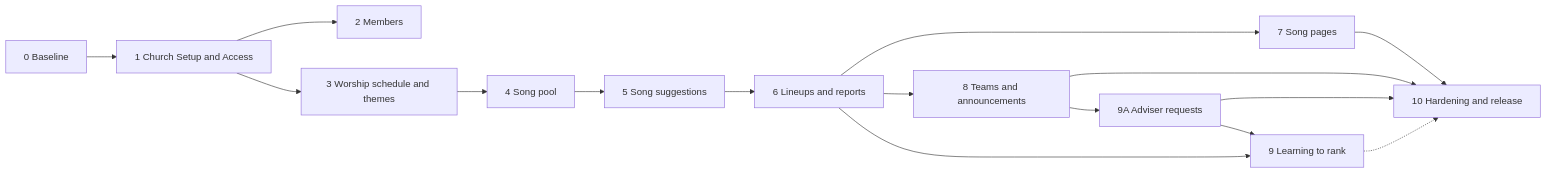
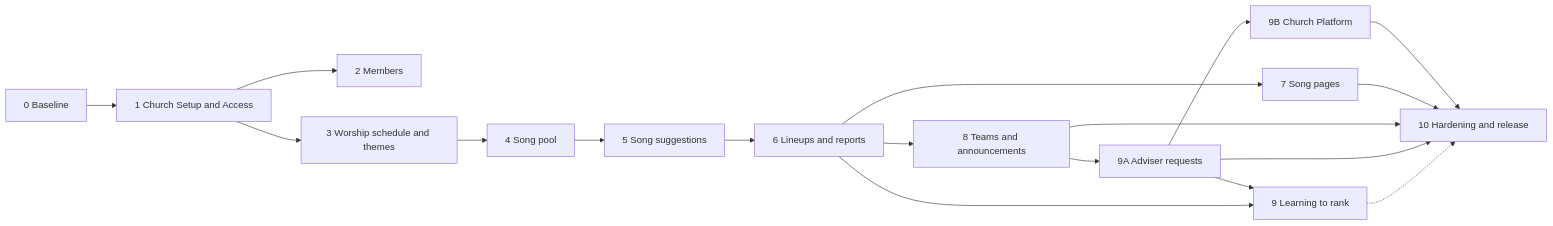
The diagram in docs/CHORD-Vault/04-Development/Development-Plan.md (Jeoff1/CHORD-NewVer), drawn with Mermaid before and after one commit. The commit also changed other lines of this file and 12 other files, not shown here.

````diff
--- a/docs/CHORD-Vault/04-Development/Development-Plan.md
+++ b/docs/CHORD-Vault/04-Development/Development-Plan.md
@@ -16,17 +16,19 @@
 ```mermaid
 flowchart LR
   P0[0 Baseline] --> P1[1 Church Setup and Access] --> P2[2 Members]
   P1 --> P3[3 Worship schedule and themes]
   P3 --> P4[4 Song pool]
   P4 --> P5[5 Song suggestions]
   P5 --> P6[6 Lineups and reports]
   P6 --> P7[7 Song pages]
   P6 --> P8[8 Teams and announcements]
   P8 --> P9A[9A Adviser requests]
+  P9A --> P9B[9B Church Platform]
+  P9B --> P10
   P9A --> P9[9 Learning to rank]
   P6 --> P9
   P7 --> P10[10 Hardening and release]
   P8 --> P10
   P9A --> P10
   P9 -.-> P10
 ```
````
